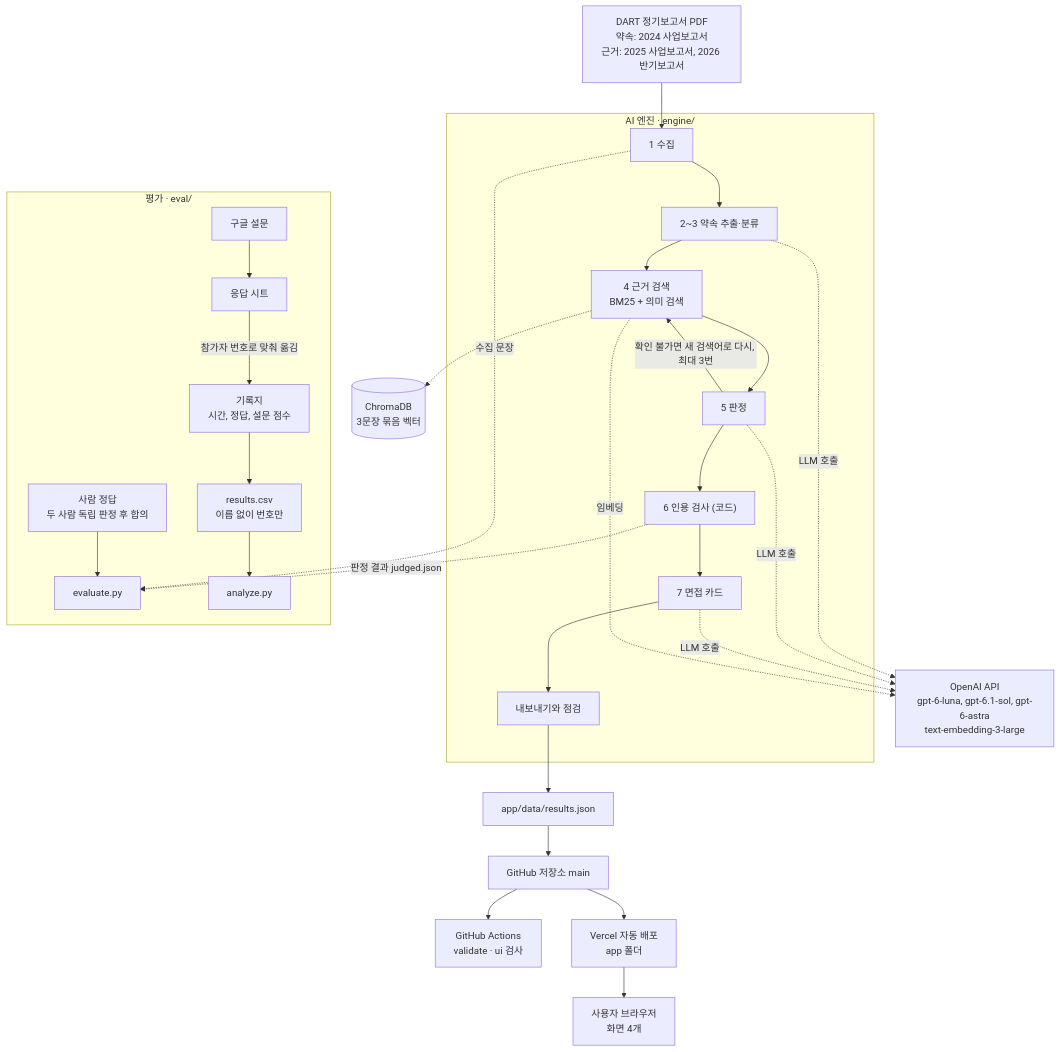
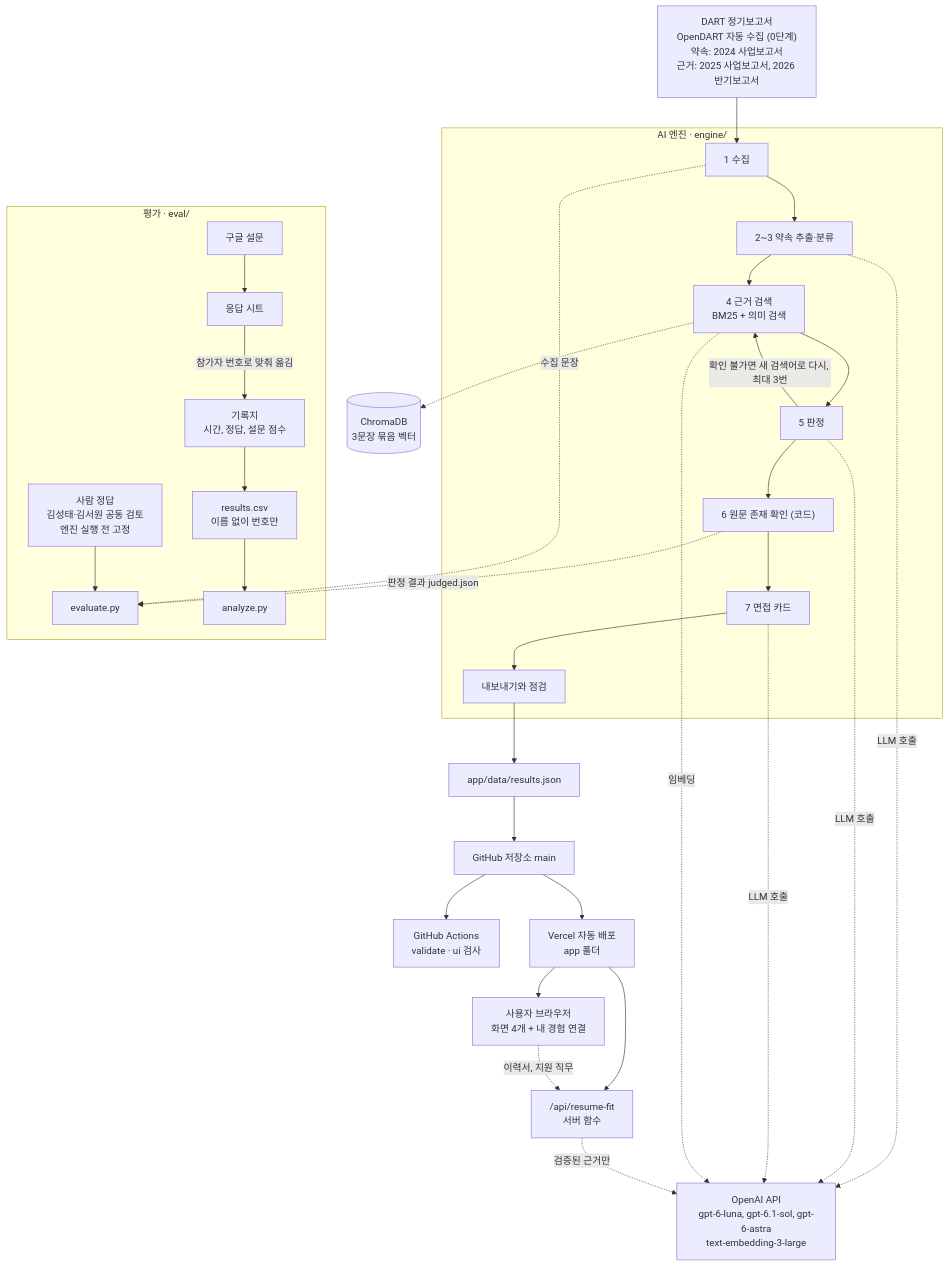
One commit to Sungtae10/ai-promise changed the diagram in docs/requirements.md. Above: the diagram before and after it, drawn with Mermaid. The commit also changed other lines of this file and 30 other files, not shown here.

````diff
--- a/docs/requirements.md
+++ b/docs/requirements.md
@@ -134,24 +135,27 @@
 ```mermaid
 flowchart TB
-  PDF["DART 정기보고서 PDF<br/>약속: 2024 사업보고서<br/>근거: 2025 사업보고서, 2026 반기보고서"]
+  PDF["DART 정기보고서<br/>OpenDART 자동 수집 (0단계)<br/>약속: 2024 사업보고서<br/>근거: 2025 사업보고서, 2026 반기보고서"]
   subgraph ENGINE["AI 엔진 · engine/"]
     S1["1 수집"] --> S2["2~3 약속 추출·분류"] --> S4["4 근거 검색<br/>BM25 + 의미 검색"] --> S5["5 판정"]
     S5 -- "확인 불가면 새 검색어로 다시, 최대 3번" --> S4
-    S5 --> S6["6 인용 검사 (코드)"] --> S7["7 면접 카드"] --> EXP["내보내기와 점검"]
+    S5 --> S6["6 원문 존재 확인 (코드)"] --> S7["7 면접 카드"] --> EXP["내보내기와 점검"]
   end
   OAI["OpenAI API<br/>gpt-6-luna, gpt-6.1-sol, gpt-6-astra<br/>text-embedding-3-large"]
   VDB[("ChromaDB<br/>3문장 묶음 벡터")]
   PDF --> S1
   S2 & S5 & S7 -. "LLM 호출" .-> OAI
   S4 -. "임베딩" .-> OAI
   S4 -.-> VDB
   EXP --> RES["app/data/results.json"] --> GH["GitHub 저장소 main"]
   GH --> CI["GitHub Actions<br/>validate · ui 검사"]
-  GH --> VC["Vercel 자동 배포<br/>app 폴더"] --> USER["사용자 브라우저<br/>화면 4개"]
+  GH --> VC["Vercel 자동 배포<br/>app 폴더"] --> USER["사용자 브라우저<br/>화면 4개 + 내 경험 연결"]
+  VC --> API["/api/resume-fit<br/>서버 함수"]
+  USER -. "이력서, 지원 직무" .-> API
+  API -. "검증된 근거만" .-> OAI
   subgraph EVAL["평가 · eval/"]
-    GOLD["사람 정답<br/>두 사람 독립 판정 후 합의"] --> EV["evaluate.py"]
+    GOLD["사람 정답<br/>김성태·김서원 공동 검토<br/>엔진 실행 전 고정"] --> EV["evaluate.py"]
     FORM["구글 설문"] --> SHEET["응답 시트"] -- "참가자 번호로 맞춰 옮김" --> REC["기록지<br/>시간, 정답, 설문 점수"] --> CSV["results.csv<br/>이름 없이 번호만"] --> UT["analyze.py"]
   end
   S6 -. "판정 결과 judged.json" .-> EV
   S1 -. "수집 문장" .-> EV
 ```
````
